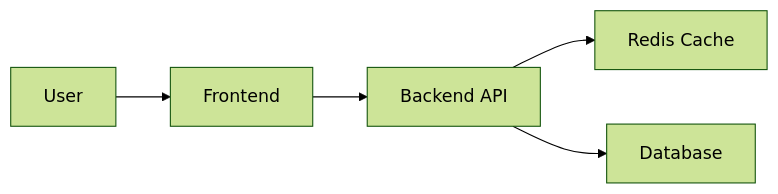
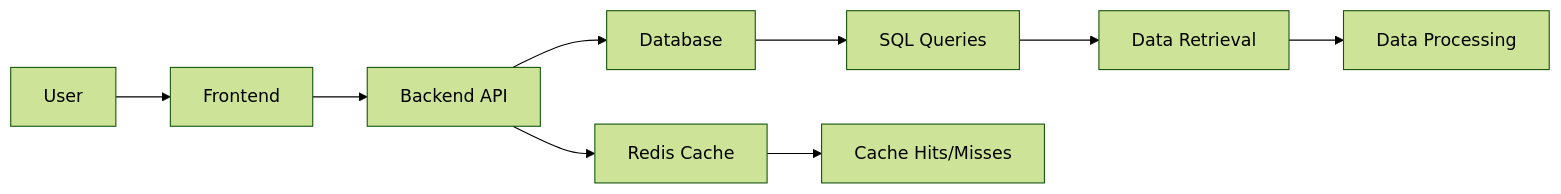
Before and after one commit to akshatha1710/github-mermaid-demo: the diagram in docs/system-architecture.mmd, drawn with Mermaid (forest theme).

Commit message:
Added some more elements to diagram

```diff
--- a/docs/system-architecture.mmd
+++ b/docs/system-architecture.mmd
@@ -1,5 +1,9 @@
 flowchart LR
     A[User] --> B[Frontend]
     B --> C[Backend API]
     C --> E[Redis Cache]
     C --> D[Database]
+    D --> F[SQL Queries]
+    E --> G[Cache Hits/Misses]
+    F --> H[Data Retrieval]
+    H --> I[Data Processing]
```
